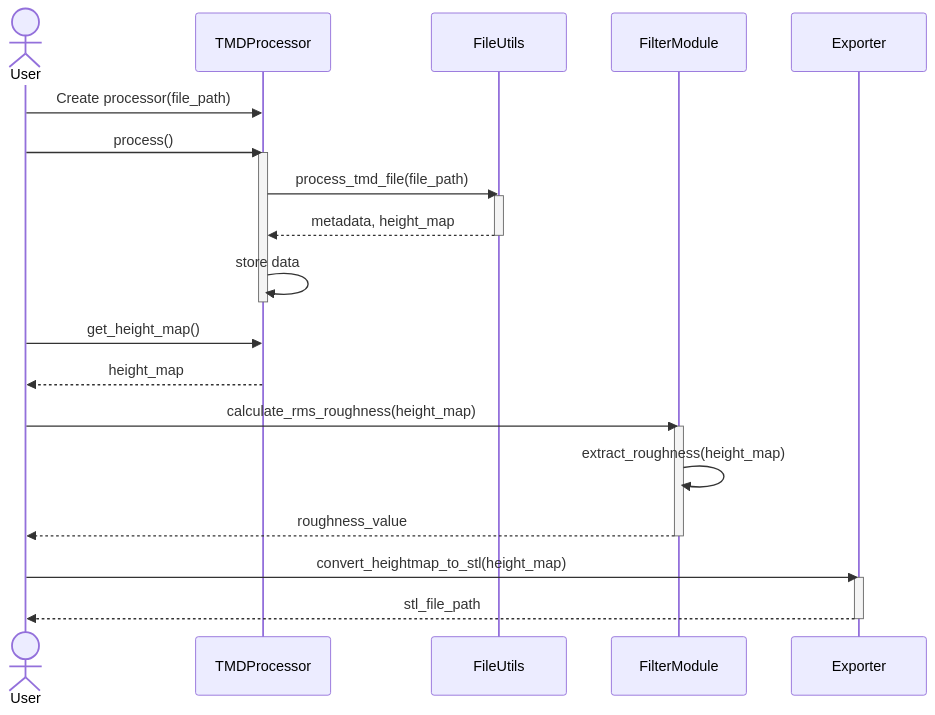
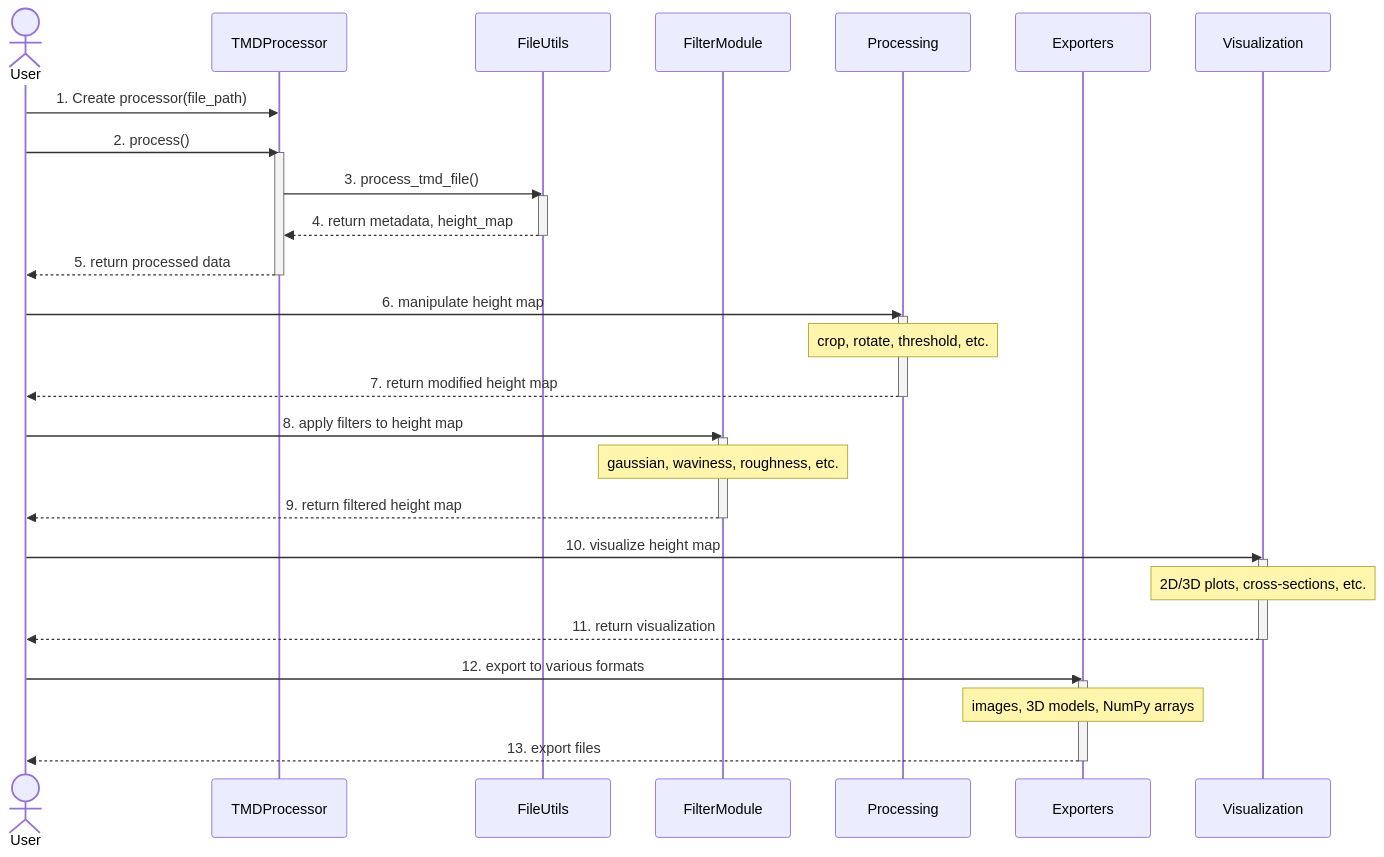
The third of 3 diagrams in docs/architecture/component-diagram.md (ETSim/TrueMapData), drawn with Mermaid before and after one commit. The commit also changed other lines of this file and 40 other files, not shown here.

````diff
--- a/docs/architecture/component-diagram.md
+++ b/docs/architecture/component-diagram.md
@@ -208,32 +101,45 @@
 ```mermaid
 sequenceDiagram
     actor User
     participant Processor as TMDProcessor
     participant Utils as FileUtils
     participant Filter as FilterModule
-    participant Export as Exporter
-
-    User->>Processor: Create processor(file_path)
-    User->>Processor: process()
+    participant Manipulation as Processing
+    participant Export as Exporters
+    participant Viz as Visualization
+    
+    User->>Processor: 1. Create processor(file_path)
+    User->>Processor: 2. process()
+    
     activate Processor
-    Processor->>Utils: process_tmd_file(file_path)
+    Processor->>Utils: 3. process_tmd_file()
     activate Utils
-    Utils-->>Processor: metadata, height_map
+    Utils-->>Processor: 4. return metadata, height_map
     deactivate Utils
-    Processor->>Processor: store data
+    Processor-->>User: 5. return processed data
     deactivate Processor
-
-    User->>Processor: get_height_map()
-    Processor-->>User: height_map
-
-    User->>Filter: calculate_rms_roughness(height_map)
+    
+    User->>Manipulation: 6. manipulate height map
+    activate Manipulation
+    Note over Manipulation: crop, rotate, threshold, etc.
+    Manipulation-->>User: 7. return modified height map
+    deactivate Manipulation
+    
+    User->>Filter: 8. apply filters to height map
     activate Filter
-    Filter->>Filter: extract_roughness(height_map)
-    Filter-->>User: roughness_value
+    Note over Filter: gaussian, waviness, roughness, etc.
+    Filter-->>User: 9. return filtered height map
     deactivate Filter
-
-    User->>Export: convert_heightmap_to_stl(height_map)
+    
+    User->>Viz: 10. visualize height map
+    activate Viz
+    Note over Viz: 2D/3D plots, cross-sections, etc.
+    Viz-->>User: 11. return visualization
+    deactivate Viz
+    
+    User->>Export: 12. export to various formats
     activate Export
-    Export-->>User: stl_file_path
+    Note over Export: images, 3D models, NumPy arrays
+    Export-->>User: 13. export files
     deactivate Export
 ```
````
